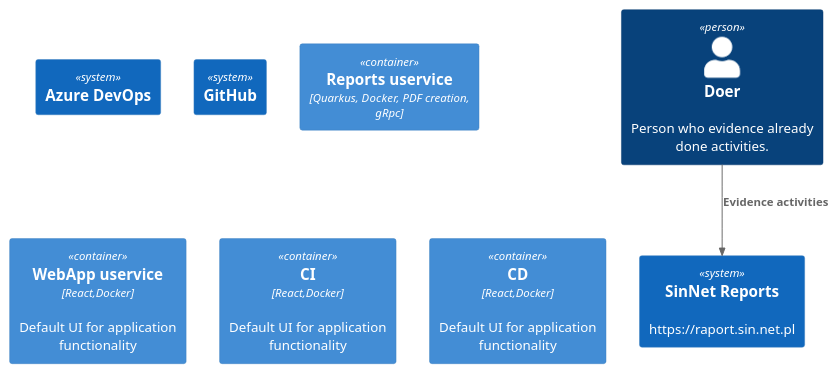
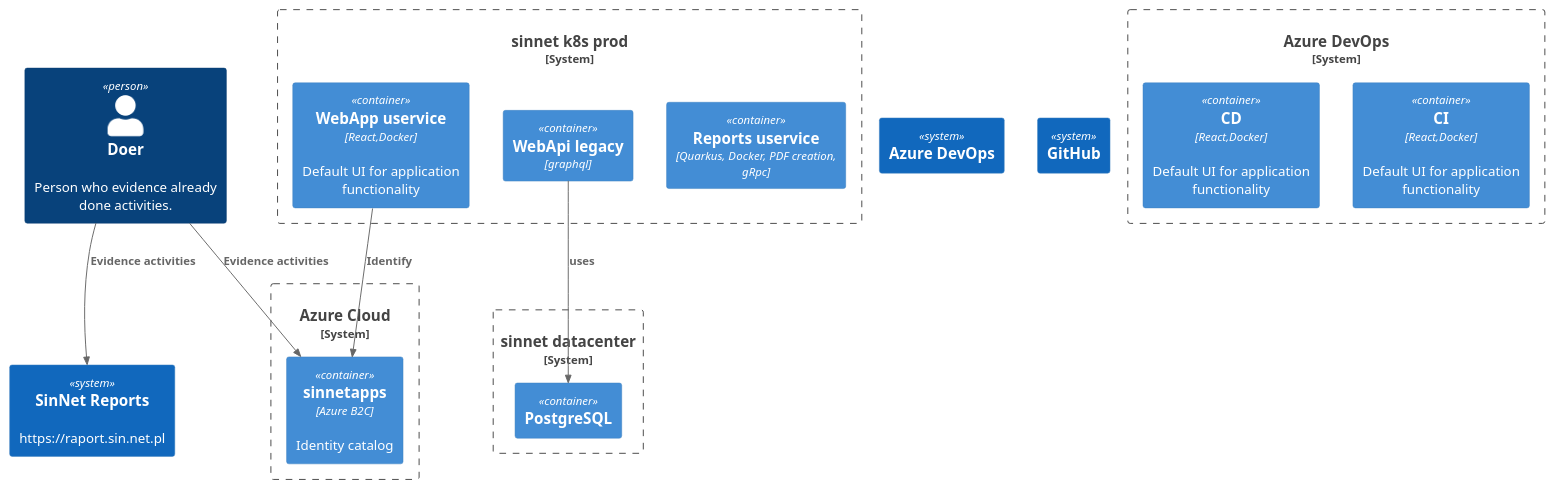
The diagram in .docs/C1.puml (onlexnet/sin-net-reports), drawn with PlantUML before and after one commit. The commit also changed 5 other files, not shown here.

Commit message:
graphql endpoint is secure now

```diff
--- a/.docs/C1.puml
+++ b/.docs/C1.puml
@@ -1,17 +1,33 @@
 @startuml C4_Elements
 !include https://raw.githubusercontent.com/plantuml-stdlib/C4-PlantUML/master/C4_Container.puml
 
 Person(doerAlias, "Doer", "Person who evidence already done activities.")
 System(systemAlias, "SinNet Reports", "https://raport.sin.net.pl")
 System(devopsAlias, "Azure DevOps")
 System(githubAlias, "GitHub")
 Rel(doerAlias, systemAlias, "Evidence activities")
 
-Container(ReportContainer, "Reports uservice", "Quarkus, Docker, PDF creation, gRpc")
-Container(WebAppContainer, "WebApp uservice", "React,Docker", "Default UI for application functionality")
-Container(DevOpsCI, "CI", "React,Docker", "Default UI for application functionality")
-Container(DevOpsCD, "CD", "React,Docker", "Default UI for application functionality")
+System_Boundary(sinnetK8sProd, "sinnet k8s prod") {
+  Container(ReportContainer, "Reports uservice", "Quarkus, Docker, PDF creation, gRpc")
+  Container(WebAppContainer, "WebApp uservice", "React,Docker", "Default UI for application functionality")
+  Container(webApiLegacyContainer, "WebApi legacy", "graphql")
+}
 
+System_Boundary(sinnetDatacenter, "sinnet datacenter") {
+  Container(postgresql, "PostgreSQL")
+}
 
+System_Boundary(azureDevops, "Azure DevOps") {
+  Container(DevOpsCI, "CI", "React,Docker", "Default UI for application functionality")
+  Container(DevOpsCD, "CD", "React,Docker", "Default UI for application functionality")
+}
+
+System_Boundary(azureCloud, "Azure Cloud") {
+  Container(sinnetB2C, "sinnetapps", "Azure B2C", "Identity catalog")
+}
+
+Rel(doerAlias, sinnetB2C, "Evidence activities")
+Rel(WebAppContainer, sinnetB2C, "Identify")
+Rel(webApiLegacyContainer, postgresql, "uses")
 
 @enduml
```
